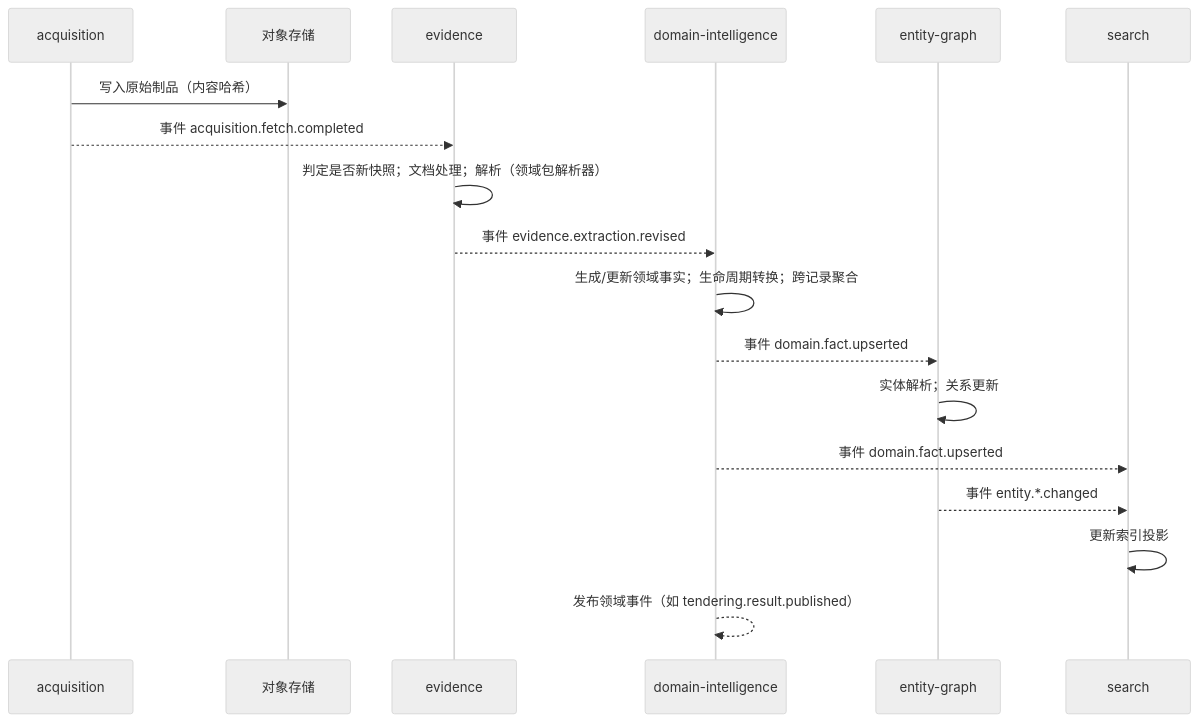
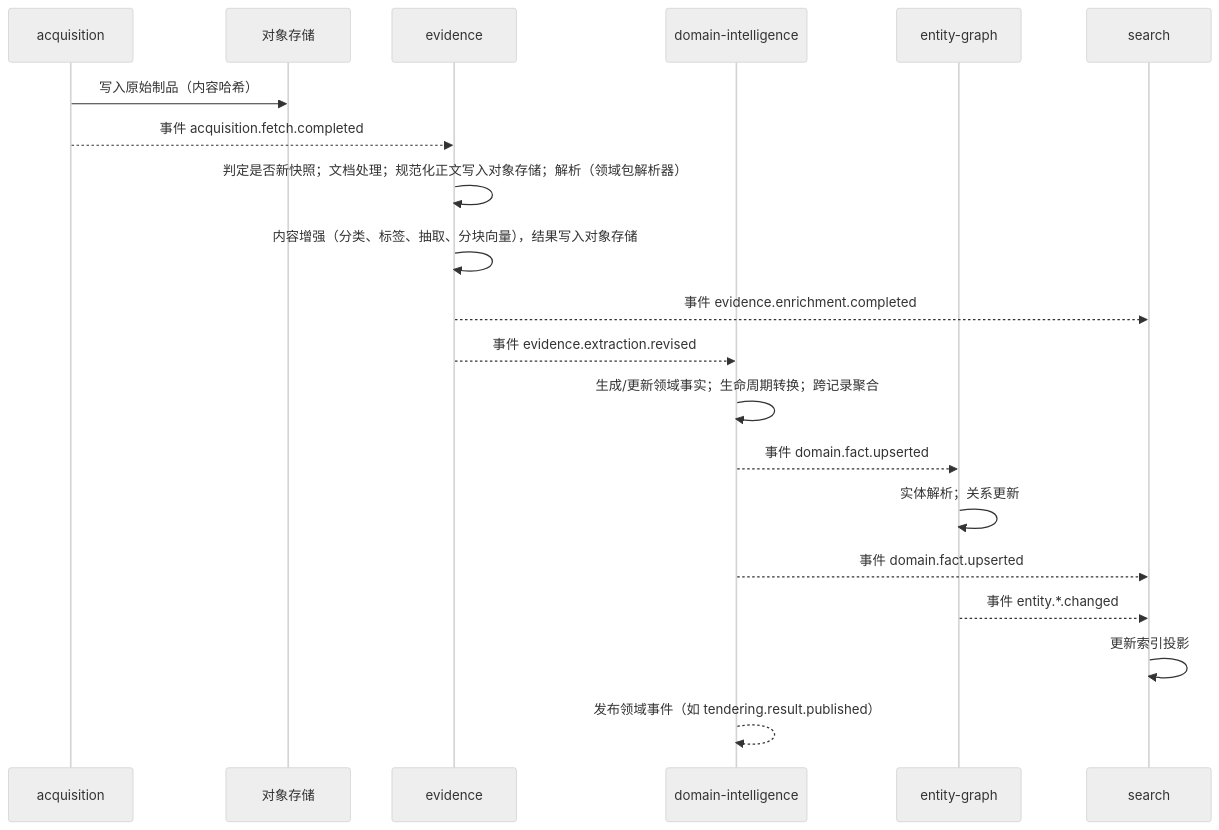
The second of 4 diagrams in docs/03-architecture/01-architecture-overview.md (SuperAILabs/MiaoQia), drawn with Mermaid (neutral theme) before and after one commit. The commit also changed other lines of this file and 16 other files, not shown here.

````diff
--- a/docs/03-architecture/01-architecture-overview.md
+++ b/docs/03-architecture/01-architecture-overview.md
@@ -135,20 +135,22 @@
 ```mermaid
 sequenceDiagram
   participant ACQ as acquisition
   participant OBJ as 对象存储
   participant EVD as evidence
   participant DOM as domain-intelligence
   participant ENT as entity-graph
   participant SRH as search
   ACQ->>OBJ: 写入原始制品（内容哈希）
   ACQ-->>EVD: 事件 acquisition.fetch.completed
-  EVD->>EVD: 判定是否新快照；文档处理；解析（领域包解析器）
+  EVD->>EVD: 判定是否新快照；文档处理；规范化正文写入对象存储；解析（领域包解析器）
+  EVD->>EVD: 内容增强（分类、标签、抽取、分块向量），结果写入对象存储
+  EVD-->>SRH: 事件 evidence.enrichment.completed
   EVD-->>DOM: 事件 evidence.extraction.revised
   DOM->>DOM: 生成/更新领域事实；生命周期转换；跨记录聚合
   DOM-->>ENT: 事件 domain.fact.upserted
   ENT->>ENT: 实体解析；关系更新
   DOM-->>SRH: 事件 domain.fact.upserted
   ENT-->>SRH: 事件 entity.*.changed
   SRH->>SRH: 更新索引投影
   DOM-->>DOM: 发布领域事件（如 tendering.result.published）
 ```
````
